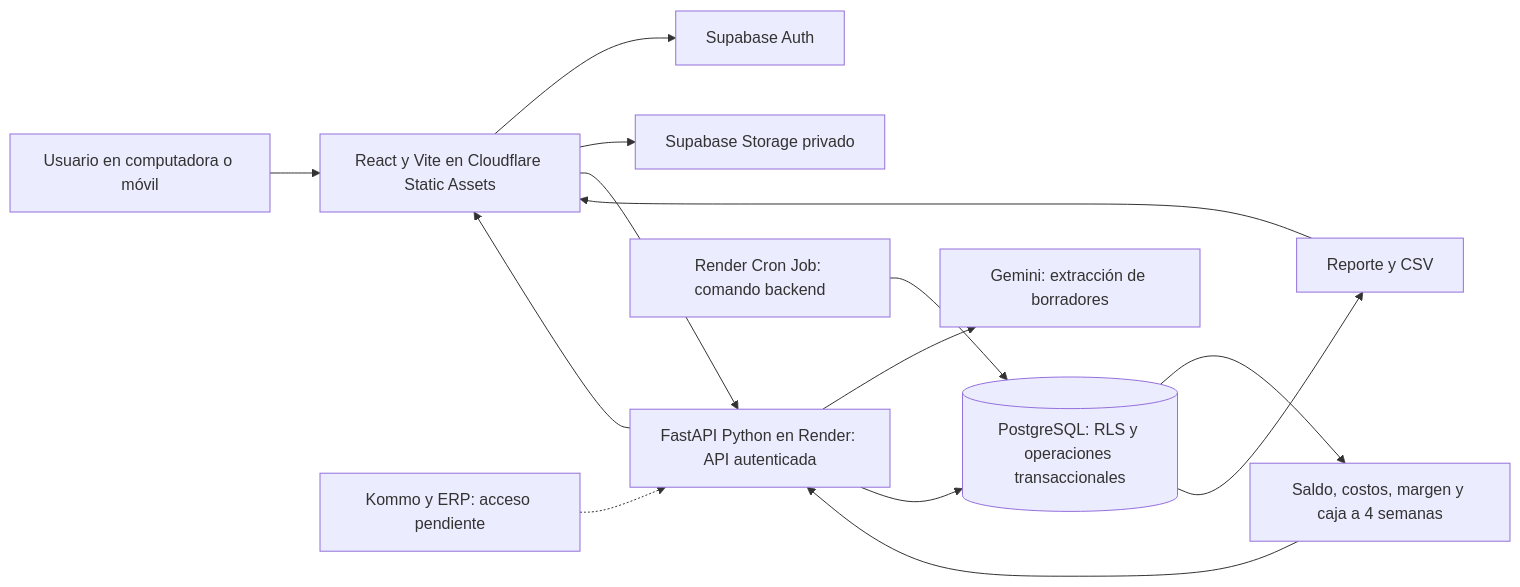
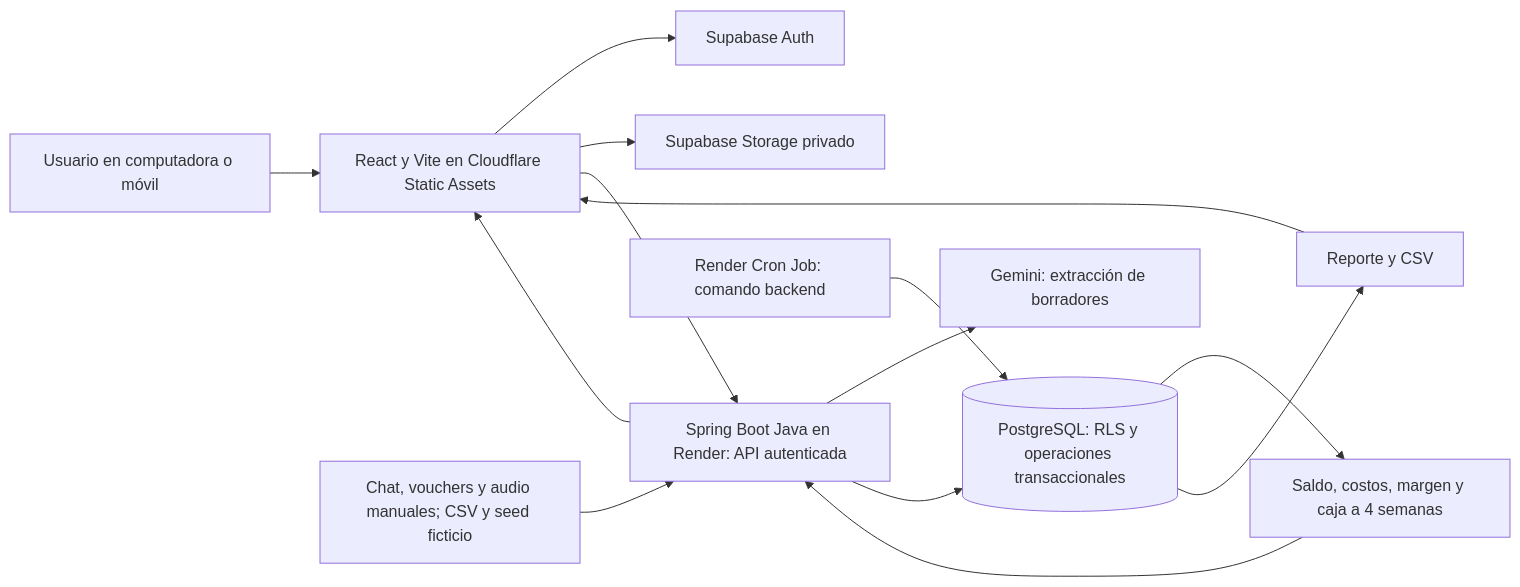
One commit to rod14x/KeptAI changed the diagram in .agents/skills/keptai-conocimiento/references/cerebro/conocimientos/decisiones/infraestructura-desarrollo-mvp.md. Above: the diagram before and after it, drawn with Mermaid. The commit also changed other lines of this file and 27 other files, not shown here.

Commit message:
docs: adoptar Spring Boot y actualizar equipo frontend y modelo de datos

````diff
--- a/.agents/skills/keptai-conocimiento/references/cerebro/conocimientos/decisiones/infraestructura-desarrollo-mvp.md
+++ b/.agents/skills/keptai-conocimiento/references/cerebro/conocimientos/decisiones/infraestructura-desarrollo-mvp.md
@@ -117,16 +113,16 @@
 ```mermaid
 flowchart LR
     U[Usuario en computadora o móvil] --> WEB[React y Vite en Cloudflare Static Assets]
     WEB --> AUTH[Supabase Auth]
     WEB --> FILE[Supabase Storage privado]
-    WEB --> API[FastAPI Python en Render: API autenticada]
+    WEB --> API[Spring Boot Java en Render: API autenticada]
     API --> IA[Gemini: extracción de borradores]
     API --> DB[(PostgreSQL: RLS y operaciones transaccionales)]
     DB --> RULES[Saldo, costos, margen y caja a 4 semanas]
     RULES --> API
     API --> WEB
     CRON[Render Cron Job: comando backend] --> DB
     DB --> REPORT[Reporte y CSV]
     REPORT --> WEB
-    EXT[Kommo y ERP: acceso pendiente] -.-> API
+    INPUT[Chat, vouchers y audio manuales; CSV y seed ficticio] --> API
 ```
````
